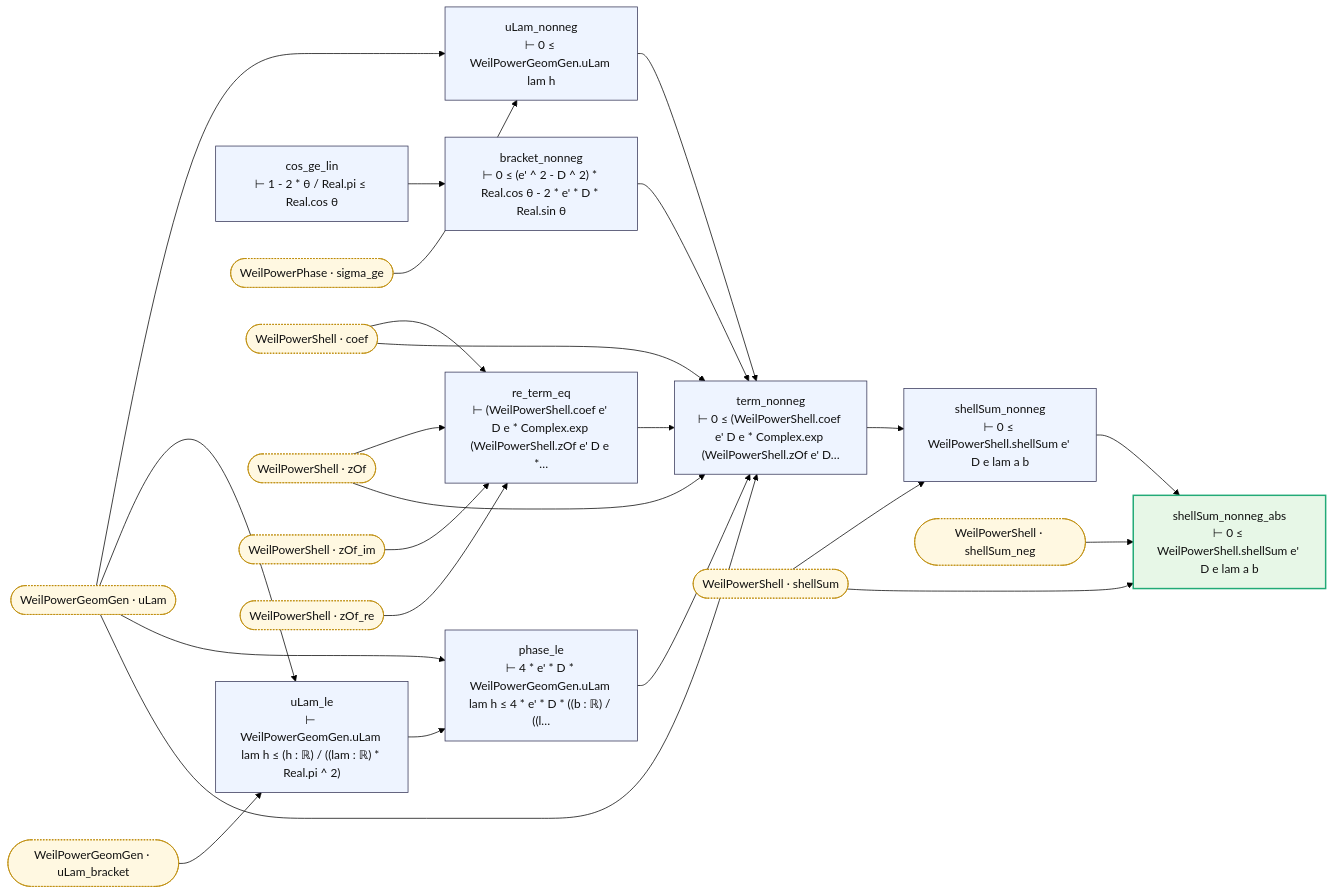
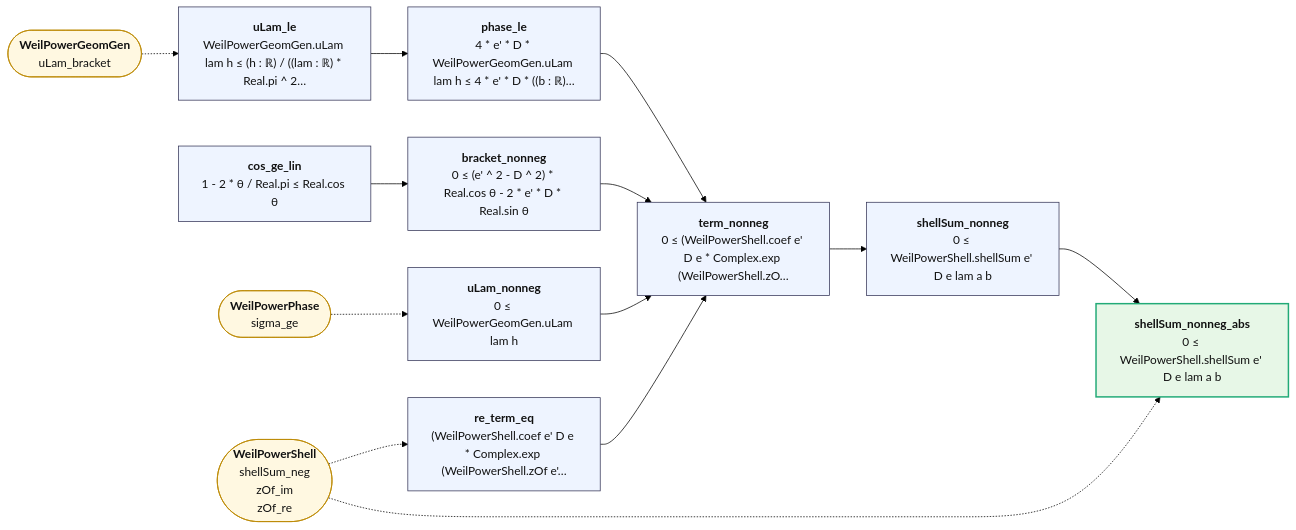
One commit to juliansambranojr/Primebeat_081426 changed the diagram in map/lean_stage3/WeilPowerNear.md. Above: the diagram before and after it, drawn with Mermaid (forest theme). The commit also changed other lines of this file and 387 other files, not shown here.

````diff
--- a/map/lean_stage3/WeilPowerNear.md
+++ b/map/lean_stage3/WeilPowerNear.md
@@ -8,50 +12,32 @@
 ```mermaid
 flowchart LR
-  n0["uLam_nonneg<br/>⊢ 0 ≤ WeilPowerGeomGen.uLam lam h"]:::thm
-  n1["uLam_le<br/>⊢ WeilPowerGeomGen.uLam lam h ≤ (h : ℝ) / ((lam : ℝ) * Real.pi ^ 2)"]:::thm
-  n2["cos_ge_lin<br/>⊢ 1 - 2 * θ / Real.pi ≤ Real.cos θ"]:::thm
-  n3["bracket_nonneg<br/>⊢ 0 ≤ (e' ^ 2 - D ^ 2) * Real.cos θ - 2 * e' * D * Real.sin θ"]:::thm
-  n4["re_term_eq<br/>⊢ (WeilPowerShell.coef e' D e * Complex.exp (WeilPowerShell.zOf e' D e *…"]:::thm
-  n5["phase_le<br/>⊢ 4 * e' * D * WeilPowerGeomGen.uLam lam h ≤ 4 * e' * D * ((b : ℝ) / ((l…"]:::thm
-  n6["term_nonneg<br/>⊢ 0 ≤ (WeilPowerShell.coef e' D e * Complex.exp (WeilPowerShell.zOf e' D…"]:::thm
-  n7["shellSum_nonneg<br/>⊢ 0 ≤ WeilPowerShell.shellSum e' D e lam a b"]:::thm
-  n8["shellSum_nonneg_abs<br/>⊢ 0 ≤ WeilPowerShell.shellSum e' D e lam a b"]:::end_
-  x0(["WeilPowerGeomGen · uLam"]):::ext
-  x1(["WeilPowerGeomGen · uLam_bracket"]):::ext
-  x2(["WeilPowerPhase · sigma_ge"]):::ext
-  x3(["WeilPowerShell · coef"]):::ext
-  x4(["WeilPowerShell · shellSum"]):::ext
-  x5(["WeilPowerShell · shellSum_neg"]):::ext
-  x6(["WeilPowerShell · zOf"]):::ext
-  x7(["WeilPowerShell · zOf_im"]):::ext
-  x8(["WeilPowerShell · zOf_re"]):::ext
+  n0["<b>uLam_nonneg</b><br/>0 ≤ WeilPowerGeomGen.uLam lam h"]:::thm
+  n1["<b>uLam_le</b><br/>WeilPowerGeomGen.uLam lam h ≤ (h : ℝ) / ((lam : ℝ) * Real.pi ^ 2…"]:::thm
+  n2["<b>cos_ge_lin</b><br/>1 - 2 * θ / Real.pi ≤ Real.cos θ"]:::thm
+  n3["<b>bracket_nonneg</b><br/>0 ≤ (e' ^ 2 - D ^ 2) * Real.cos θ - 2 * e' * D * Real.sin θ"]:::thm
+  n4["<b>re_term_eq</b><br/>(WeilPowerShell.coef e' D e * Complex.exp (WeilPowerShell.zOf e'…"]:::thm
+  n5["<b>phase_le</b><br/>4 * e' * D * WeilPowerGeomGen.uLam lam h ≤ 4 * e' * D * ((b : ℝ)…"]:::thm
+  n6["<b>term_nonneg</b><br/>0 ≤ (WeilPowerShell.coef e' D e * Complex.exp (WeilPowerShell.zO…"]:::thm
+  n7["<b>shellSum_nonneg</b><br/>0 ≤ WeilPowerShell.shellSum e' D e lam a b"]:::thm
+  n8["<b>shellSum_nonneg_abs</b><br/>0 ≤ WeilPowerShell.shellSum e' D e lam a b"]:::end_
+  x0(["<b>WeilPowerPhase</b><br/>sigma_ge"]):::ext
+  x1(["<b>WeilPowerGeomGen</b><br/>uLam_bracket"]):::ext
+  x2(["<b>WeilPowerShell</b><br/>shellSum_neg<br/>zOf_im<br/>zOf_re"]):::ext
   n0 --> n6
   n1 --> n5
   n2 --> n3
   n3 --> n6
   n4 --> n6
   n5 --> n6
   n6 --> n7
   n7 --> n8
-  x0 --> n0
-  x0 --> n1
-  x0 --> n5
-  x0 --> n6
-  x1 --> n1
-  x2 --> n0
-  x3 --> n4
-  x3 --> n6
-  x4 --> n7
-  x4 --> n8
-  x5 --> n8
-  x6 --> n4
-  x6 --> n6
-  x7 --> n4
-  x8 --> n4
+  x0 -.-> n0
+  x1 -.-> n1
+  x2 -.-> n4
+  x2 -.-> n8
   classDef thm fill:#eef4ff,stroke:#335,color:#111
-  classDef dfn fill:#f2f2f2,stroke:#777,color:#111
   classDef end_ fill:#e7f7e7,stroke:#2a7,color:#111,stroke-width:2px
   classDef lone fill:#fff,stroke:#999,color:#111,stroke-dasharray:4 3
   classDef bad fill:#ffe5e5,stroke:#c22,color:#111,stroke-width:2px
-  classDef ext fill:#fff8e1,stroke:#b80,color:#111,stroke-dasharray:2 2
+  classDef ext fill:#fff8e1,stroke:#b80,color:#111
 ```
````
